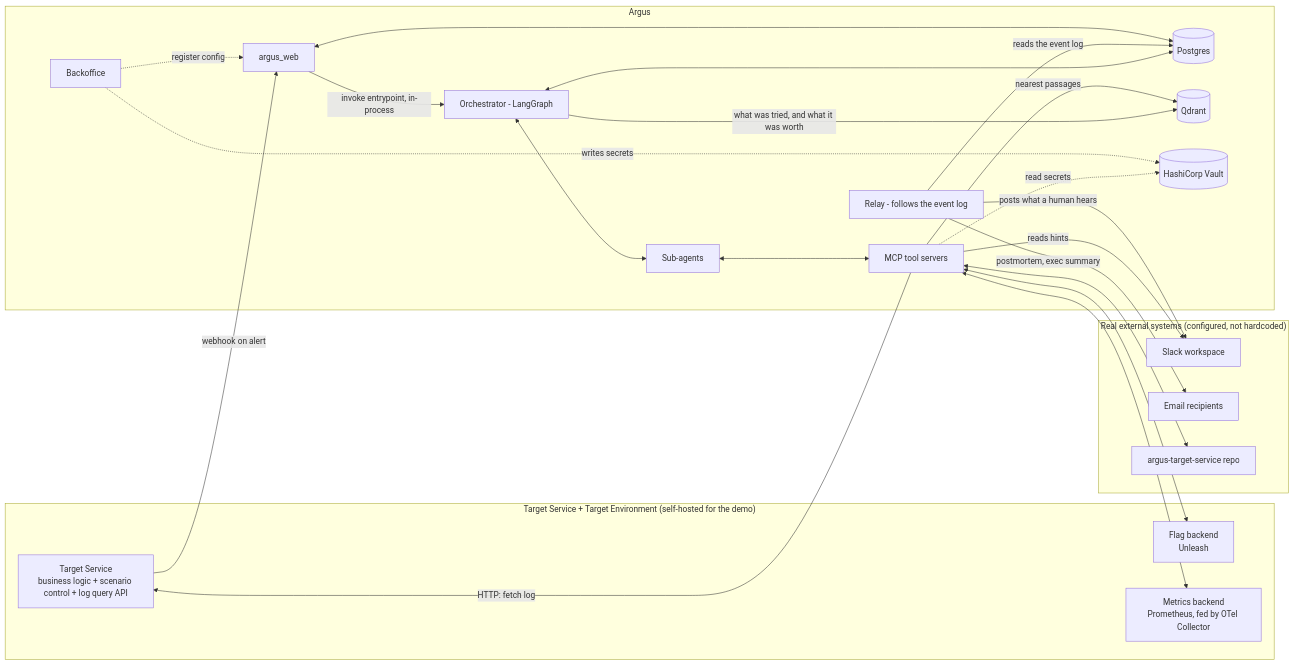
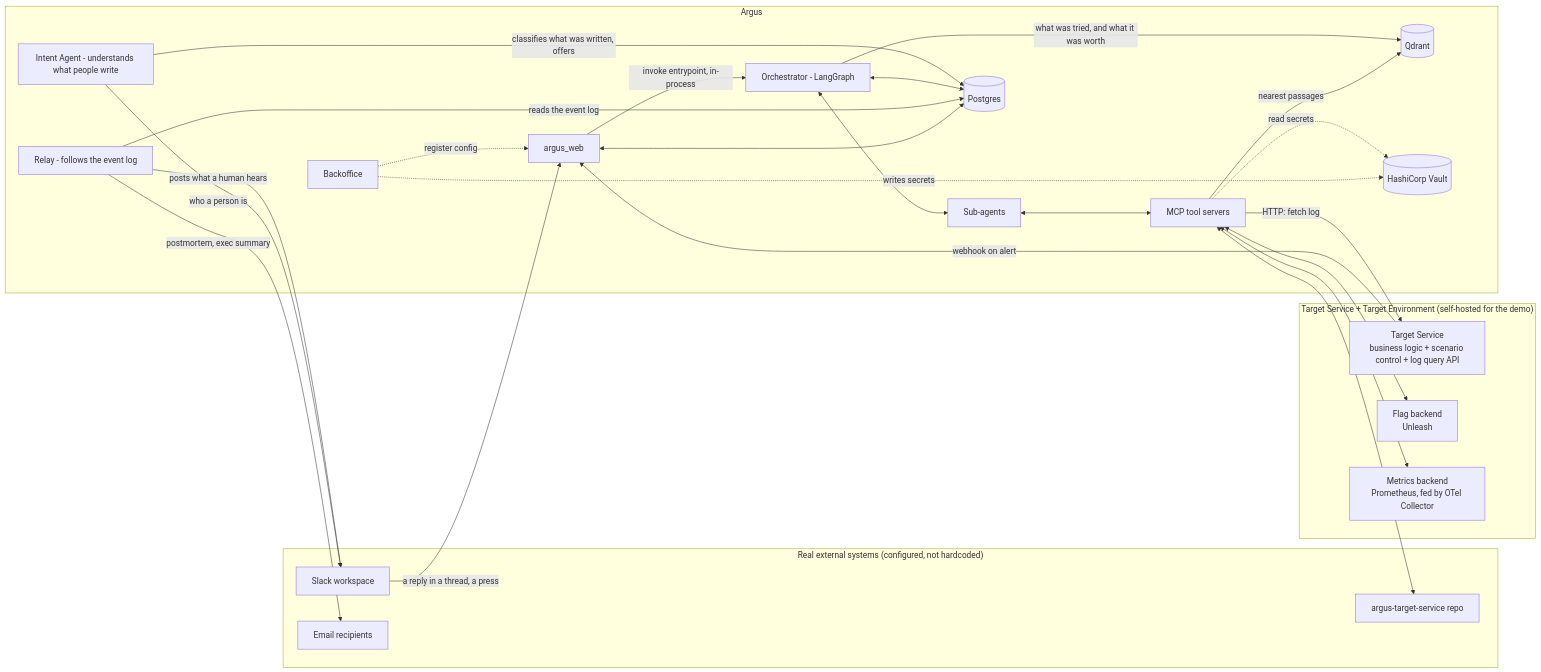
Before and after one commit to ohadraz/Argus: the first of 6 diagrams in docs/spec-and-architecture.md, drawn with Mermaid. The commit also changed other lines of this file and 117 other files, not shown here.

````diff
--- a/docs/spec-and-architecture.md
+++ b/docs/spec-and-architecture.md
@@ -74,46 +74,49 @@
 ```mermaid
 flowchart LR
     subgraph Real["Real external systems (configured, not hardcoded)"]
         SLK[Slack workspace]
         MAIL[Email recipients]
         GH[argus-target-service repo]
     end
 
     subgraph TargetEnv["Target Service + Target Environment (self-hosted for the demo)"]
         TS[Target Service<br/>business logic + scenario control + log query API]
         FLAGS[Flag backend<br/>Unleash]
         METRICS[Metrics backend<br/>Prometheus, fed by OTel Collector]
     end
 
     subgraph Argus["Argus"]
         WEB[argus_web]
         ORCH[Orchestrator - LangGraph]
         AGENTS[Sub-agents]
         MCPS[MCP tool servers]
         RELAY[Relay - follows the event log]
+        INTENT[Intent Agent - understands what people write]
         PG[(Postgres)]
         QDRANT[(Qdrant)]
         VAULT[(HashiCorp Vault)]
         BO[Backoffice]
     end
 
     TS -->|webhook on alert| WEB
     WEB -->|invoke entrypoint, in-process| ORCH
     ORCH <--> AGENTS
     AGENTS <--> MCPS
     MCPS -->|HTTP: fetch log| TS
     MCPS <--> FLAGS
     MCPS <--> METRICS
     MCPS <--> GH
-    MCPS -->|reads hints| SLK
+    SLK -->|a reply in a thread, a press| WEB
     RELAY -->|posts what a human hears| SLK
+    INTENT -->|classifies what was written, offers| PG
+    INTENT -->|who a person is| SLK
     RELAY -->|postmortem, exec summary| MAIL
     ORCH -->|what was tried, and what it was worth| QDRANT
     MCPS -->|nearest passages| QDRANT
     ORCH <--> PG
     RELAY -->|reads the event log| PG
     MCPS -.->|read secrets| VAULT
     WEB <--> PG
     BO -.->|register config| WEB
     BO -.->|writes secrets| VAULT
 ```
````
